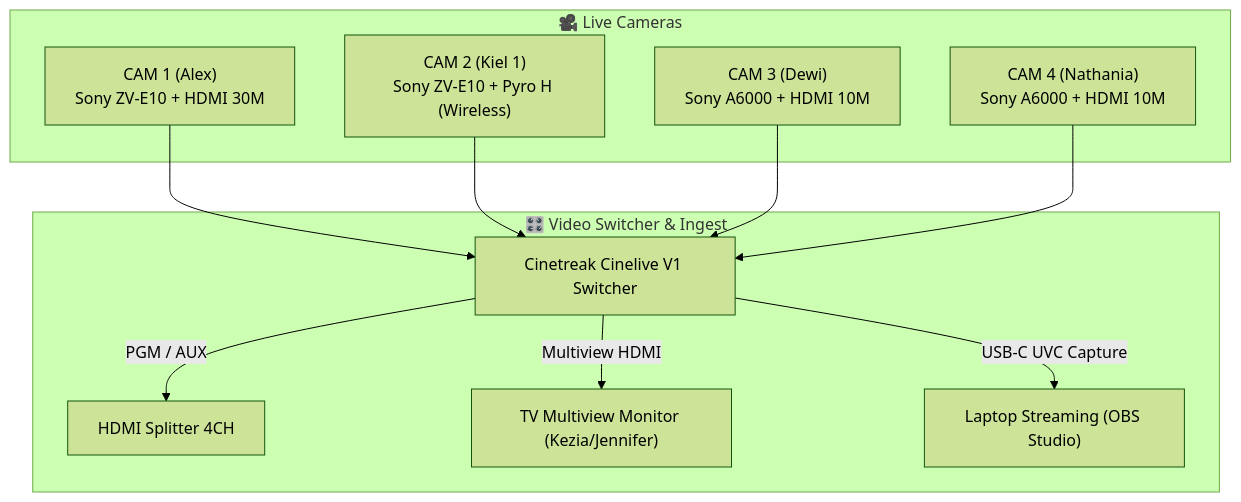
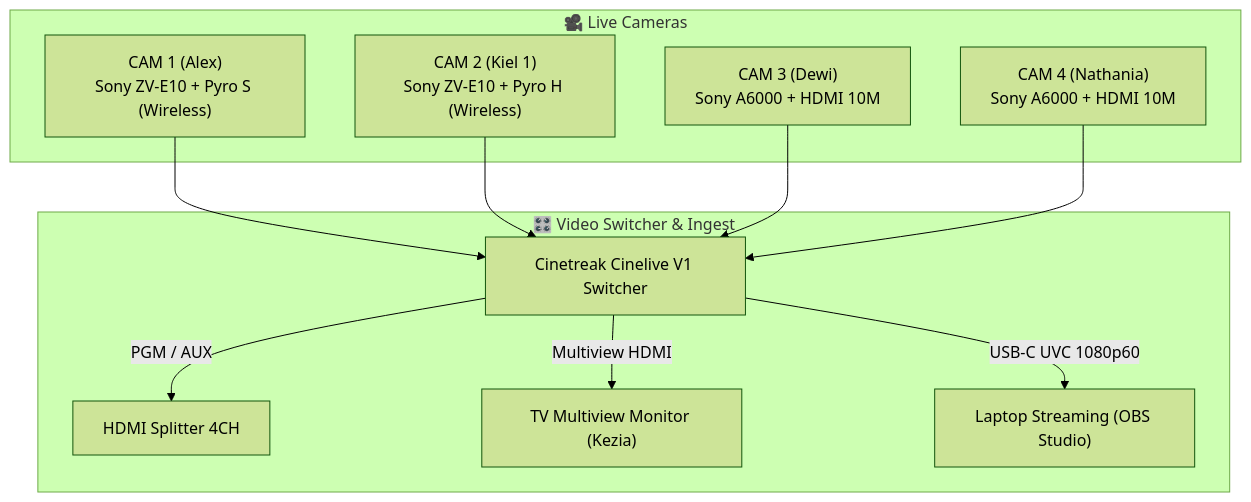
One commit to zzdree/ip26-production changed the first of 3 diagrams in README.md. Above: the diagram before and after it, drawn with Mermaid (forest theme). The commit also changed other lines of this file and 2 other files, not shown here.

Commit message:
docs & feat: sync app data, landing web app, and README with Hollyland Pyro S CAM 1 and updated inventory

````diff
--- a/README.md
+++ b/README.md
@@ -93,25 +93,25 @@
 ```mermaid
 graph TD
     subgraph Cameras["🎥 Live Cameras"]
-        CAM1["CAM 1 (Alex)<br/>Sony ZV-E10 + HDMI 30M"]
+        CAM1["CAM 1 (Alex)<br/>Sony ZV-E10 + Pyro S (Wireless)"]
         CAM2["CAM 2 (Kiel 1)<br/>Sony ZV-E10 + Pyro H (Wireless)"]
         CAM3["CAM 3 (Dewi)<br/>Sony A6000 + HDMI 10M"]
         CAM4["CAM 4 (Nathania)<br/>Sony A6000 + HDMI 10M"]
     end
 
     subgraph Control["🎛️ Video Switcher & Ingest"]
         Switcher["Cinetreak Cinelive V1 Switcher"]
         SplitterVideo["HDMI Splitter 4CH"]
-        TVMultiview["TV Multiview Monitor (Kezia/Jennifer)"]
+        TVMultiview["TV Multiview Monitor (Kezia)"]
         LaptopOBS["Laptop Streaming (OBS Studio)"]
     end
 
     CAM1 --> Switcher
     CAM2 --> Switcher
     CAM3 --> Switcher
     CAM4 --> Switcher
 
     Switcher -->|Multiview HDMI| TVMultiview
     Switcher -->|PGM / AUX| SplitterVideo
-    Switcher -->|USB-C UVC Capture| LaptopOBS
+    Switcher -->|USB-C UVC 1080p60| LaptopOBS
 ```
````
